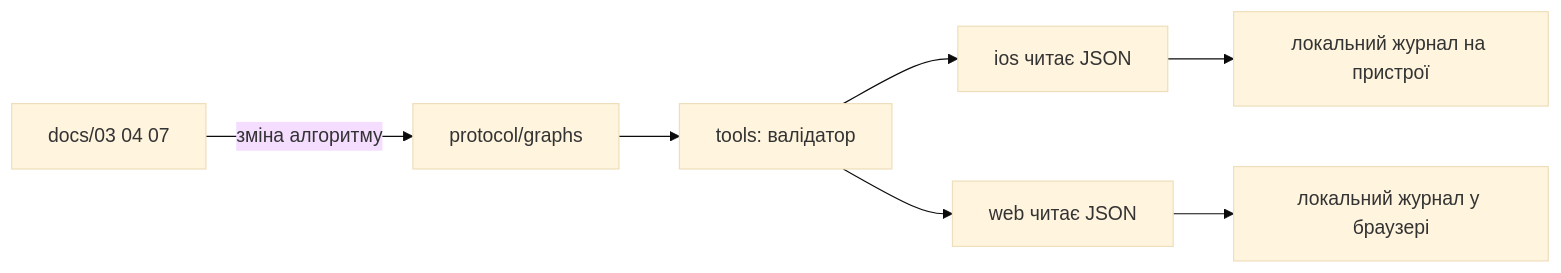
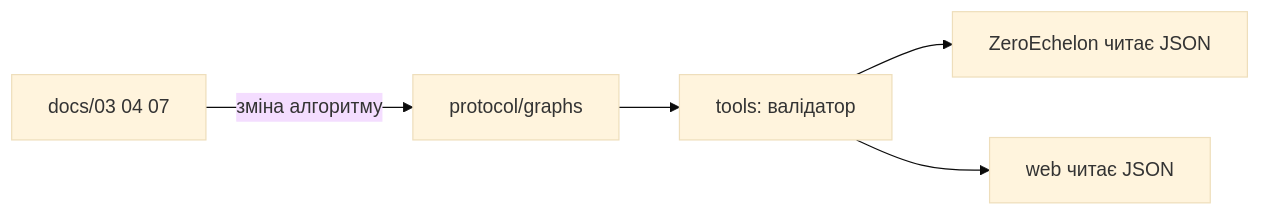
One commit to kaiserdem/ZeroEchelon changed the diagram in docs/13-структура-репозиторію.md. Above: the diagram before and after it, drawn with Mermaid (base theme). The commit also changed other lines of this file and 28 other files, not shown here.

````diff
--- a/docs/13-структура-репозиторію.md
+++ b/docs/13-структура-репозиторію.md
@@ -53,9 +42,7 @@
 ```mermaid
 flowchart LR
   Docs["docs/03 04 07"] -->|"зміна алгоритму"| Proto["protocol/graphs"]
   Proto --> Valid["tools: валідатор"]
-  Valid --> iOS["ios читає JSON"]
+  Valid --> iOS["ZeroEchelon читає JSON"]
   Valid --> Web["web читає JSON"]
-  iOS --> Log["локальний журнал на пристрої"]
-  Web --> Log2["локальний журнал у браузері"]
 ```
````
